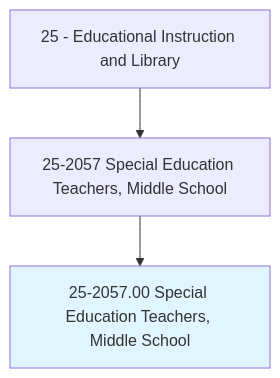
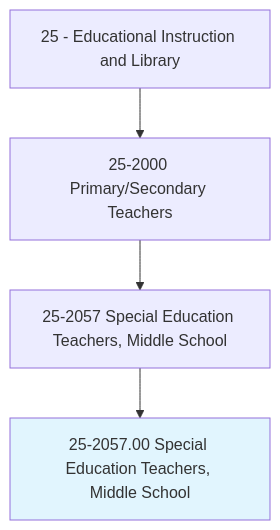
Before and after one commit to kziemski/business.org.ai: the first of 4 diagrams in occupations/Education/SpecialEducationTeachersMiddleSchool.mdx, drawn with Mermaid. The commit also changed other lines of this file and 938 other files, not shown here.

````diff
--- a/occupations/Education/SpecialEducationTeachersMiddleSchool.mdx
+++ b/occupations/Education/SpecialEducationTeachersMiddleSchool.mdx
@@ -19,6 +23,7 @@
 ```mermaid
 graph TD
-    Cat25["25 - Educational Instruction and Library"] --> Group252057["25-2057 Special Education Teachers, Middle School"]
+    Cat25["25 - Educational Instruction and Library"] --> Group252["25-2000 Primary/Secondary Teachers"]
+    Group252 --> Group252057["25-2057 Special Education Teachers, Middle School"]
     Group252057 --> Current["25-2057.00 Special Education Teachers, Middle School"]
     style Current fill:#e1f5fe
 ```
````
